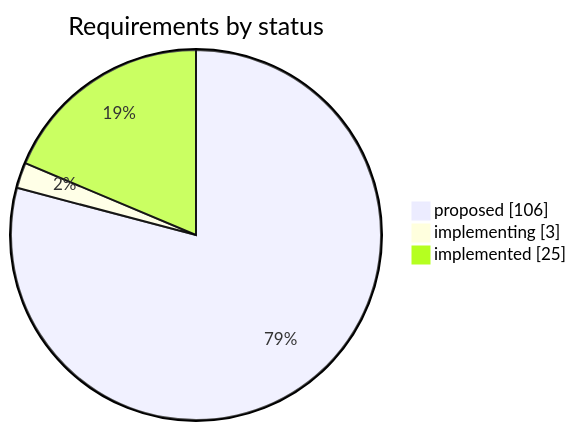
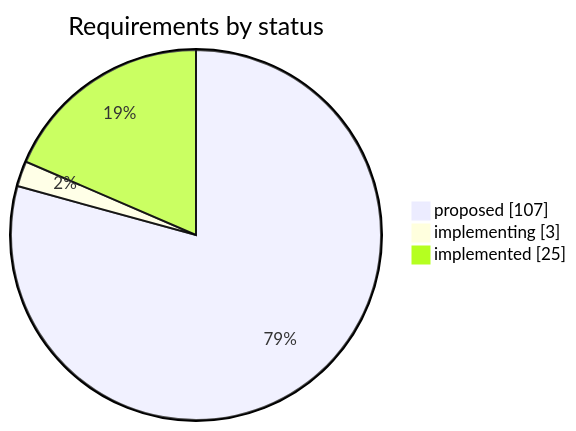
Before and after one commit to iammaxsu/automatic-testing-architecture: the first of 2 diagrams in STATUS.md, drawn with Mermaid. The commit also changed other lines of this file and 2 other files, not shown here.

````diff
--- a/STATUS.md
+++ b/STATUS.md
@@ -25,6 +25,6 @@
 ```mermaid
 pie showData title Requirements by status
-    "proposed" : 106
+    "proposed" : 107
     "implementing" : 3
     "implemented" : 25
 ```
````
